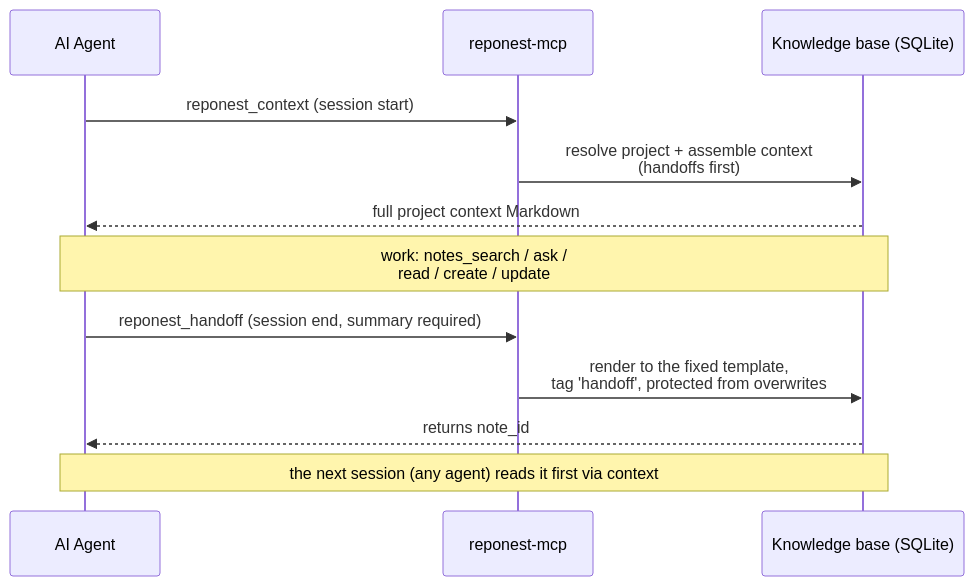
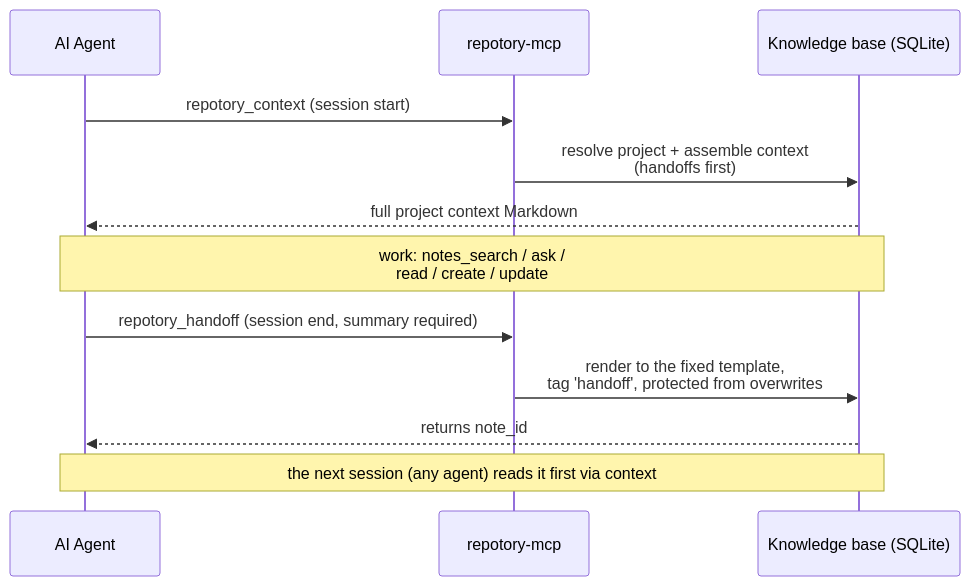
One commit to sky-jiangcheng/repo-nest changed the diagram in docs/en/features/ai-integration.md. Above: the diagram before and after it, drawn with Mermaid. The commit also changed other lines of this file and 242 other files, not shown here.

````diff
--- a/docs/en/features/ai-integration.md
+++ b/docs/en/features/ai-integration.md
@@ -85,14 +85,14 @@
 ```mermaid
 sequenceDiagram
     participant A as AI Agent
-    participant R as reponest-mcp
+    participant R as repotory-mcp
     participant K as Knowledge base (SQLite)
-    A->>R: reponest_context (session start)
+    A->>R: repotory_context (session start)
     R->>K: resolve project + assemble context<br/>(handoffs first)
     K-->>A: full project context Markdown
     Note over A,K: work: notes_search / ask /<br/>read / create / update
-    A->>R: reponest_handoff (session end, summary required)
+    A->>R: repotory_handoff (session end, summary required)
     R->>K: render to the fixed template,<br/>tag 'handoff', protected from overwrites
     K-->>A: returns note_id
     Note over K,A: the next session (any agent) reads it first via context
 ```
````
